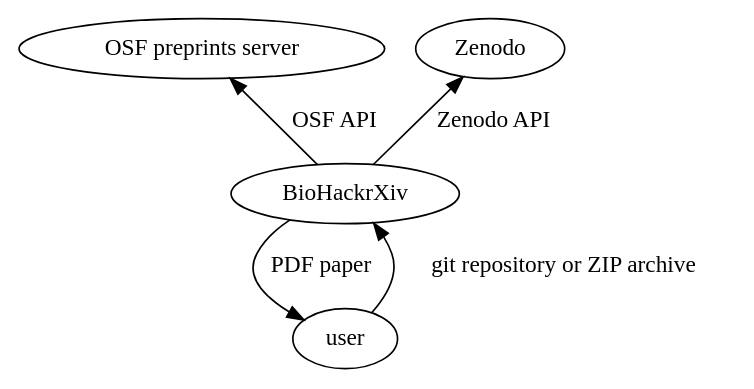
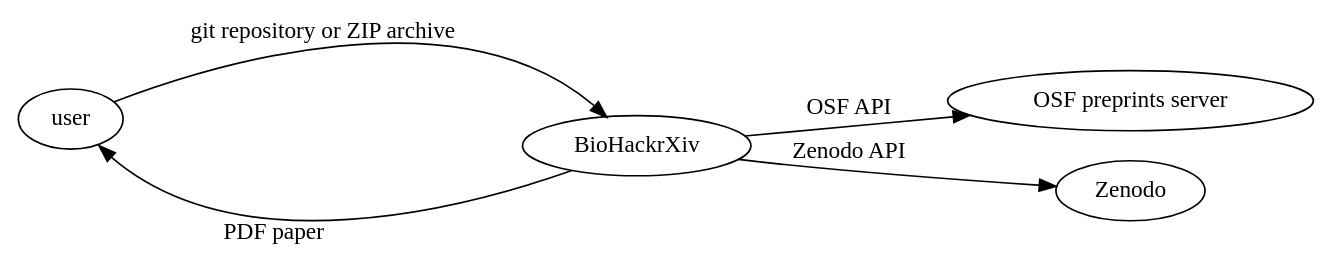
One commit to biohackrxiv/bhxiv-metadata changed the diagram in doc/elixir_biohackathon2023/proposed.dot. Above: the diagram before and after it, drawn with Graphviz. The commit also changed 3 other files, not shown here.

Commit message:
Lay out BH23EU graphs from left to right.

```diff
--- a/doc/elixir_biohackathon2023/proposed.dot
+++ b/doc/elixir_biohackathon2023/proposed.dot
@@ -1,8 +1,11 @@
 digraph {
+        rankdir="LR"
 	biohackrxiv [label="BioHackrXiv"]
-	{rank=min; osf [label="OSF preprints server"]; zenodo [label="Zenodo"]}
-	user -> biohackrxiv [dir=backward, label="git repository or ZIP archive"]
-	biohackrxiv -> user [label="PDF paper"]
+	osf [label="OSF preprints server"]
+        zenodo [label="Zenodo"]
+        {rank=min; user}
+	user -> biohackrxiv:nw [dir=backward, label="git repository or ZIP archive"]
+	biohackrxiv -> user:se [xlabel="PDF paper"]
 	biohackrxiv -> osf [label="OSF API"]
         biohackrxiv -> zenodo [label="Zenodo API"]
 }
```
